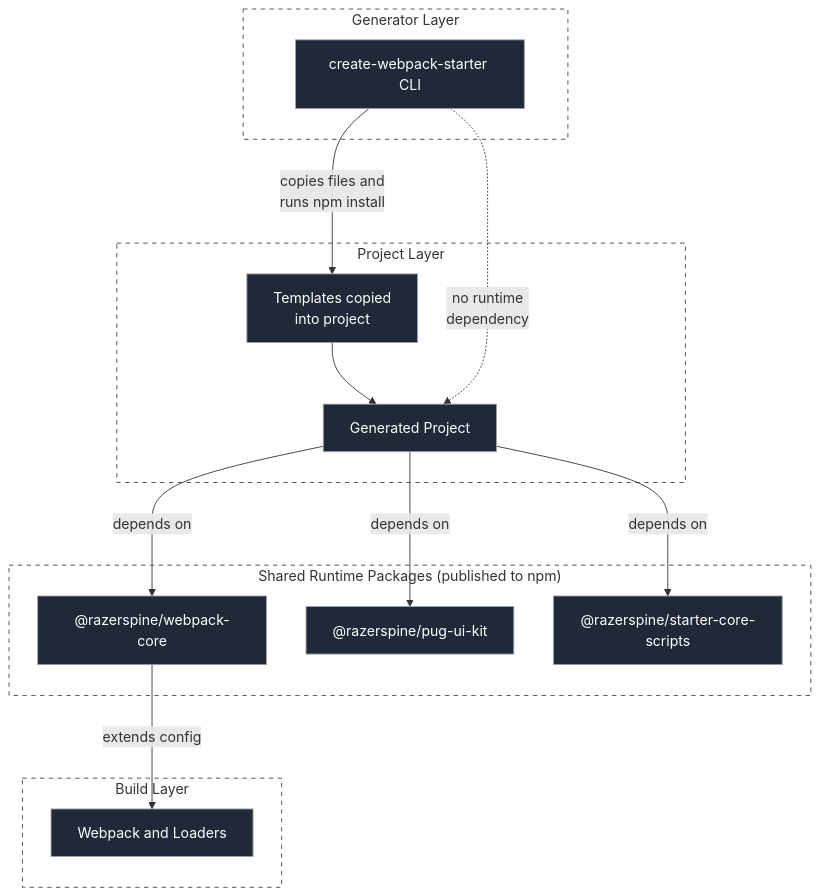
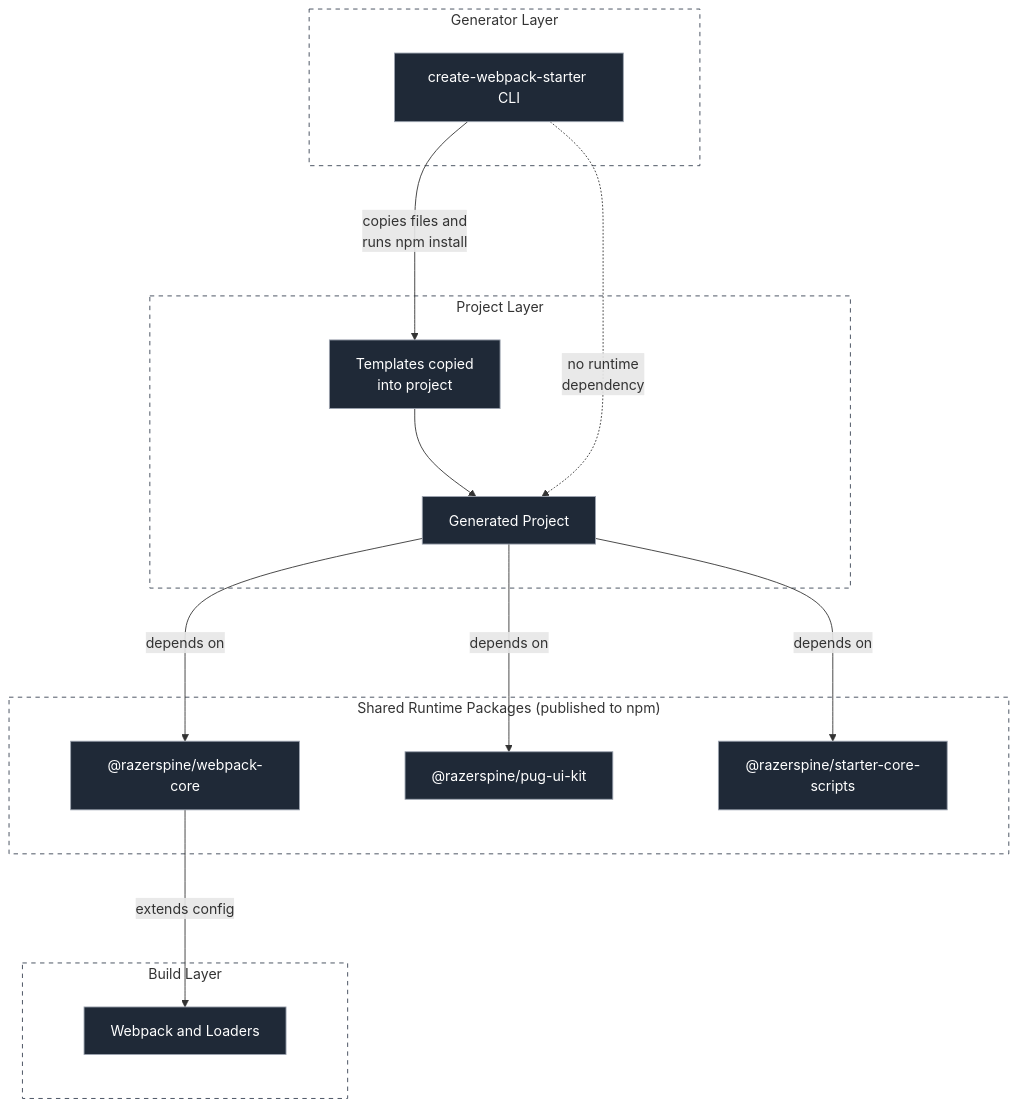
The diagram in docs/architecture.md (Razerspine/razerspine-stack), drawn with Mermaid before and after one commit.

Commit message:
add more spacing for diagram

````diff
--- a/docs/architecture.md
+++ b/docs/architecture.md
@@ -6,57 +6,57 @@
 ```mermaid
-%%{init: { 'flowchart': { 'rankSpacing': 70, 'nodeSpacing': 45, 'curve': 'basis' } } }%%
+%%{init: { 'flowchart': { 'rankSpacing': 100, 'nodeSpacing': 120, 'curve': 'basis' } } }%%
 flowchart TD
 
 %% =========================
 %% Generator Layer
 %% =========================
 subgraph L1 ["Generator Layer"]
     CLI["create-webpack-starter CLI"]
 end
 
 %% =========================
 %% Project Layer
 %% =========================
 subgraph L2 ["Project Layer"]
     TEMPLATES["Templates copied<br/>into project"]
     PROJECT["Generated Project"]
 end
 
 %% =========================
 %% Runtime Layer
 %% =========================
 subgraph L3 ["Shared Runtime Packages (published to npm)"]
     CORE["@razerspine/webpack-core"]
     UI["@razerspine/pug-ui-kit"]
     SCRIPTS["@razerspine/starter-core-scripts"]
 end
 
 %% =========================
 %% Build Layer
 %% =========================
 subgraph L4 ["Build Layer"]
     WEBPACK["Webpack and Loaders"]
 end
 
 %% =========================
 %% Connections (Flow)
 %% =========================
 CLI -- "copies files and<br/>runs npm install" --> TEMPLATES
 TEMPLATES --> PROJECT
 
 PROJECT -- "depends on" --> CORE
 PROJECT -- "depends on" --> UI
 PROJECT -- "depends on" --> SCRIPTS
 
 CORE -- "extends config" --> WEBPACK
 
 %% Important constraint (dashed line)
 CLI -.->|"no runtime<br/>dependency"| PROJECT
 
 %% Styling
 classDef default fill:#1f2937,stroke:#9ca3af,stroke-width:1px,color:#fff
 style L1 fill:none,stroke:#374151,stroke-dasharray: 5 5
 style L2 fill:none,stroke:#374151,stroke-dasharray: 5 5
 style L3 fill:none,stroke:#374151,stroke-dasharray: 5 5
 style L4 fill:none,stroke:#374151,stroke-dasharray: 5 5
 ```
````
